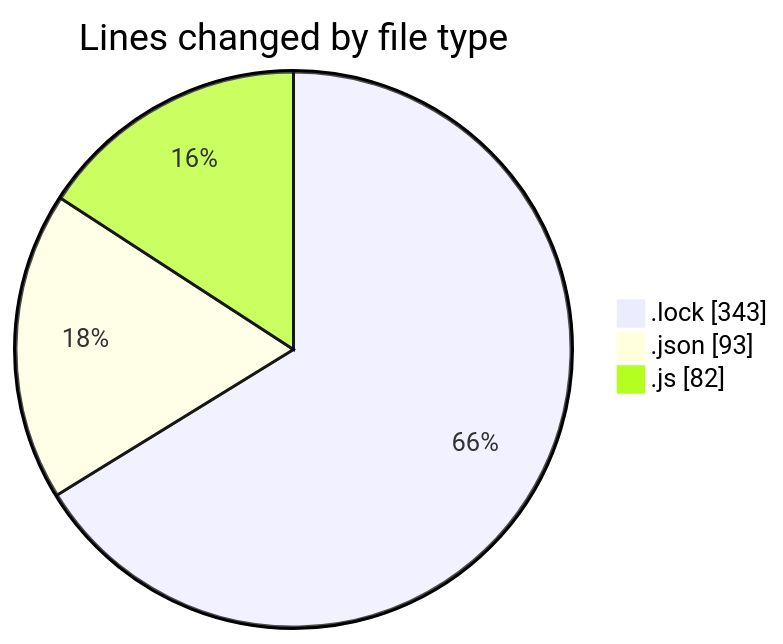
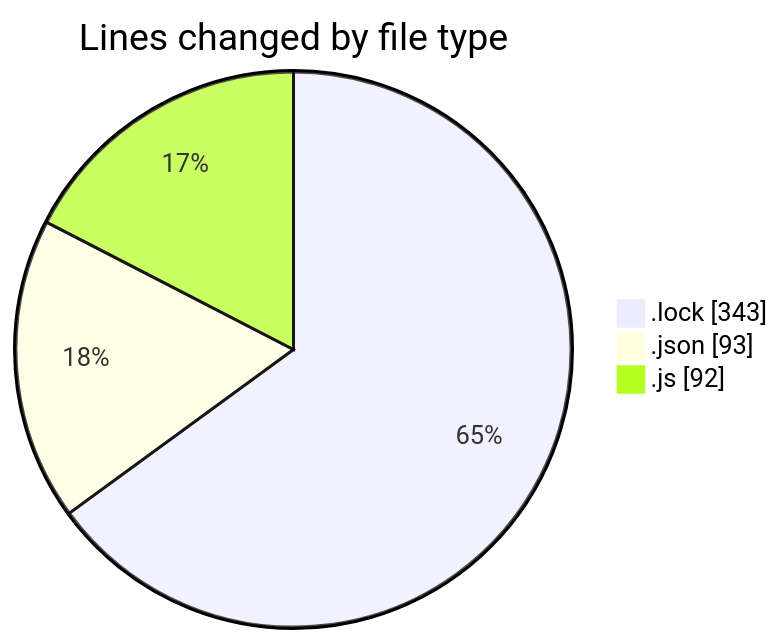
One commit to momahboobian/code-tracking changed the first of 2 diagrams in 2025-01-30/cda/README.md. Above: the diagram before and after it, drawn with Mermaid. The commit also changed other lines of this file and 1 other file, not shown here.

````diff
--- a/2025-01-30/cda/README.md
+++ b/2025-01-30/cda/README.md
@@ -26,7 +26,7 @@
 ```mermaid
 pie showData
 title Lines changed by file type
 ".lock" : 343
 ".json" : 93
-".js" : 82
+".js" : 92
 ```
````
